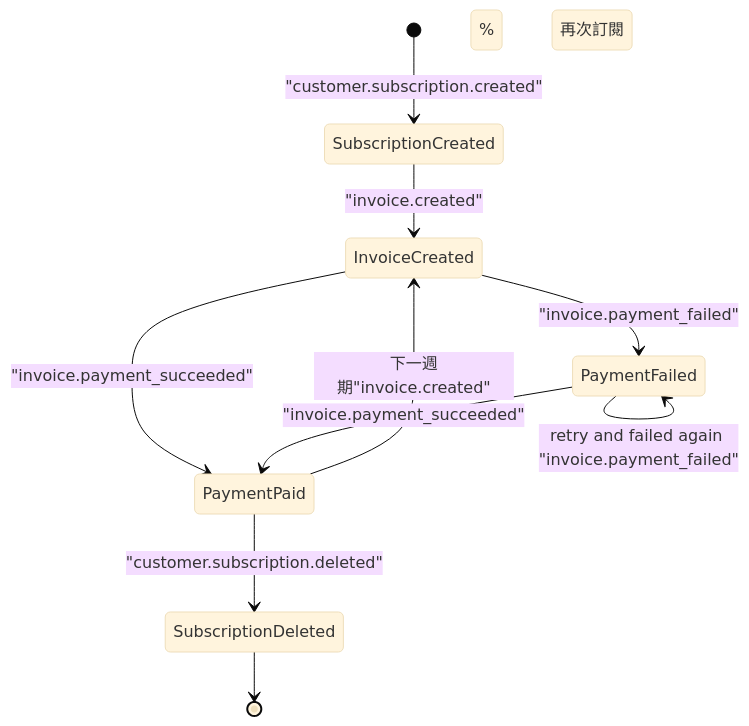
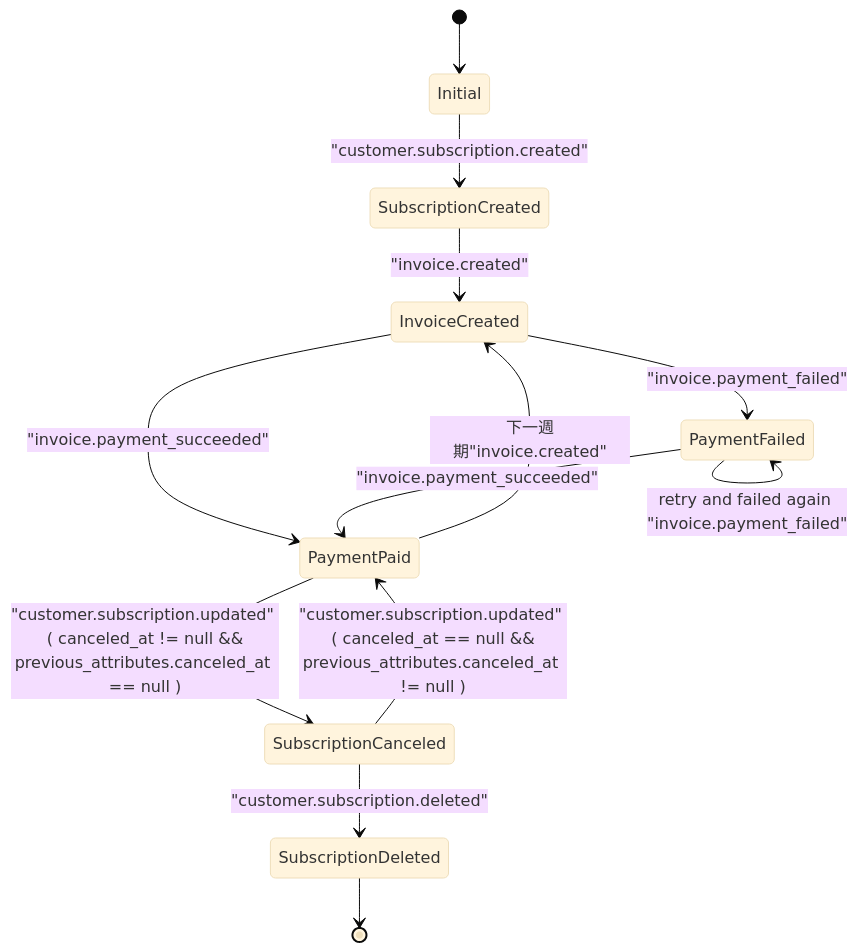
Before and after one commit to Henry-Li-PNTL/payment-test: the fourth of 5 diagrams in readme.md, drawn with Mermaid (base theme). The commit also changed other lines of this file and 7 other files, not shown here.

````diff
--- a/readme.md
+++ b/readme.md
@@ -87,19 +88,30 @@
 ```mermaid
 stateDiagram-v2
 
-    [*] --> SubscriptionCreated: "customer.subscription.created"
+    [*] --> Initial: 
+    
+    Initial --> SubscriptionCreated: "customer.subscription.created"
 
     SubscriptionCreated --> InvoiceCreated: "invoice.created"
 
     InvoiceCreated --> PaymentFailed: "invoice.payment_failed"
     InvoiceCreated --> PaymentPaid: "invoice.payment_succeeded"
 
     PaymentFailed --> PaymentPaid: "invoice.payment_succeeded"
     PaymentFailed --> PaymentFailed: retry and failed again <br>"invoice.payment_failed"
 
-    % 再次訂閱
+    %% 再次訂閱
     PaymentPaid --> InvoiceCreated : 下一週期"invoice.created"
 
-    PaymentPaid --> SubscriptionDeleted : "customer.subscription.deleted"
+    %% 取消續訂
+    PaymentPaid --> SubscriptionCanceled: "customer.subscription.updated" <br> ( canceled_at != null && previous_attributes.canceled_at == null )
+
+    %% 續訂
+    SubscriptionCanceled --> PaymentPaid: "customer.subscription.updated" <br> ( canceled_at == null && previous_attributes.canceled_at != null )
+
+    %% 取消續訂後過期
+    SubscriptionCanceled --> SubscriptionDeleted : "customer.subscription.deleted"
+
+    %% 終止條件
     SubscriptionDeleted --> [*]
 ```
````
